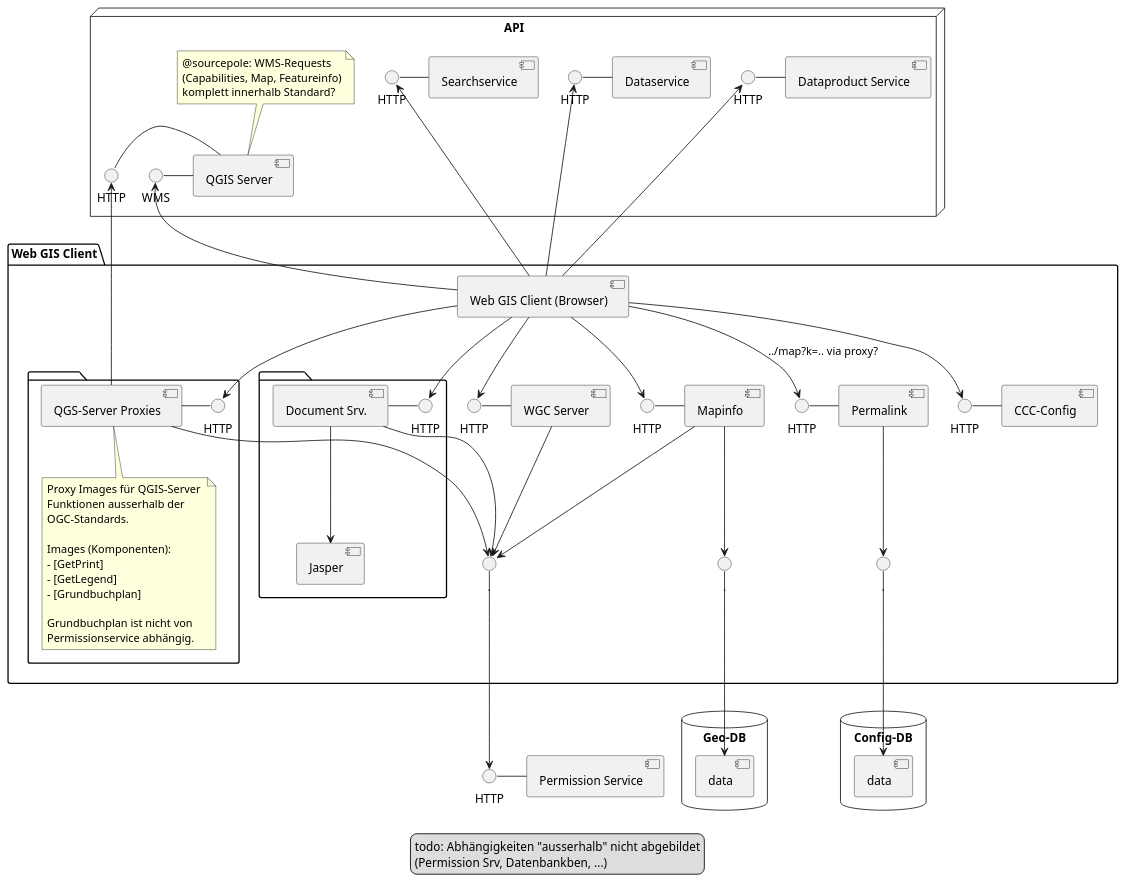
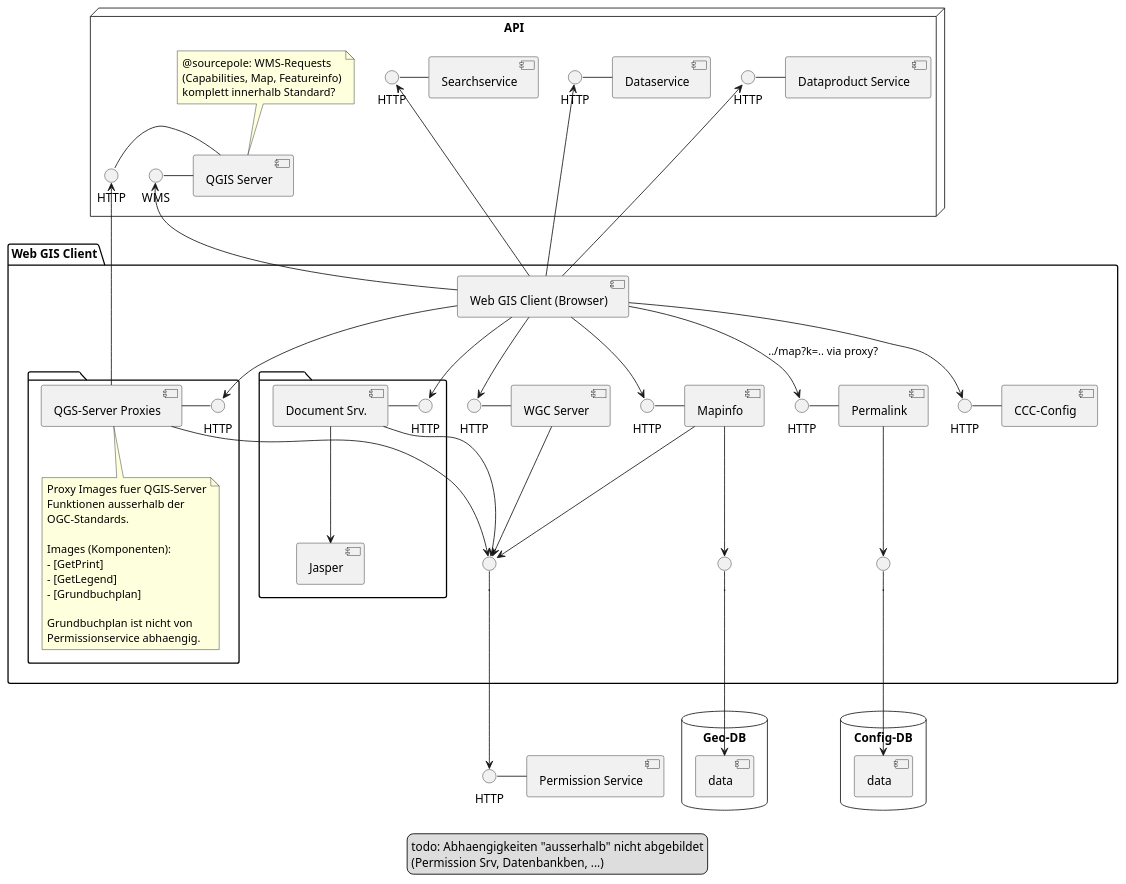
One commit to bjsvwcur/components changed the diagram in diagrams/wgc.puml. Above: the diagram before and after it, drawn with PlantUML. The commit also changed 28 other files, not shown here.

```diff
--- a/diagrams/wgc.puml
+++ b/diagrams/wgc.puml
@@ -1,133 +1,133 @@
 @startuml
 [Permission Service] as ps
 () HTTP as psi
 psi - ps
 
 database "Config-DB" {
   [data] as config
 }
 
 database "Geo-DB" {
   [data] as data
 }
   
 node "API" {  
 together {
   [QGIS Server] as qgs
   () HTTP as qsi
   qsi - qgs
   () WMS as wms
   qgs - wms
 
   note top of qgs   
     @sourcepole: WMS-Requests
     (Capabilities, Map, Featureinfo)
     komplett innerhalb Standard?
   end note 
 }
 
   [Searchservice] as ss
   () HTTP as ssi
   ssi - ss
 
   [Dataservice] as ds
   () HTTP as dsi
   dsi - ds
 
   [Dataproduct Service] as dp
   () HTTP as dpi
   dpi - dp
 }
 
 package "Web GIS Client"{
 
   'Collector Point for Permission Service
   () . as psp 
   psp --> psi
 
   'Collector Point for Database
   () . as dap 
   dap --> data
 
   'Collector Point for Konfig-DB
   () . as cop 
   cop --> config
 
   package {
   [QGS-Server Proxies] as qpr
   () HTTP as qpi
   qpr - qpi
   qpr -up-> qsi
   qpr --> psp
   
   note bottom of qpr
-    Proxy Images für QGIS-Server 
+    Proxy Images fuer QGIS-Server
     Funktionen ausserhalb der
     OGC-Standards.
     
     Images (Komponenten):
     - [GetPrint]
     - [GetLegend]
     - [Grundbuchplan]
     
     Grundbuchplan ist nicht von
-    Permissionservice abhängig.
+    Permissionservice abhaengig.
   end note
   }
 
   together {
     [WGC Server] as wgc
     () HTTP as wgi
     wgi - wgc
   }
   wgc --> psp
 
   package {
     [Jasper] as jas
     [Document Srv.] as rep
     () HTTP as repi
     rep --> jas
     rep - repi
     rep --> psp
   }
   
   together {
     [Mapinfo] as mi
     () HTTP as mii
     mii - mi
     mi --> psp
     mi --> dap
   }
    
   together {
     [Permalink] as pl
     () HTTP as pli
     pli - pl
     pl --> cop
   }
   
   together {
     [CCC-Config] as cc
     () HTTP as cci
     cci - cc
   }
   
   
   [Web GIS Client (Browser)] as cl
   cl --> wgi
   cl -up-> wms
   cl -up-> ssi
   cl -up-> dsi
   cl -up-> dpi
   cl --> repi
   cl --> mii
   cl --> pli : ../map?k=.. via proxy?
   cl --> cci
   cl --> qpi
 }
 
 legend bottom
-  todo: Abhängigkeiten "ausserhalb" nicht abgebildet
+  todo: Abhaengigkeiten "ausserhalb" nicht abgebildet
   (Permission Srv, Datenbankben, ...)
 endlegend
 @enduml
```
